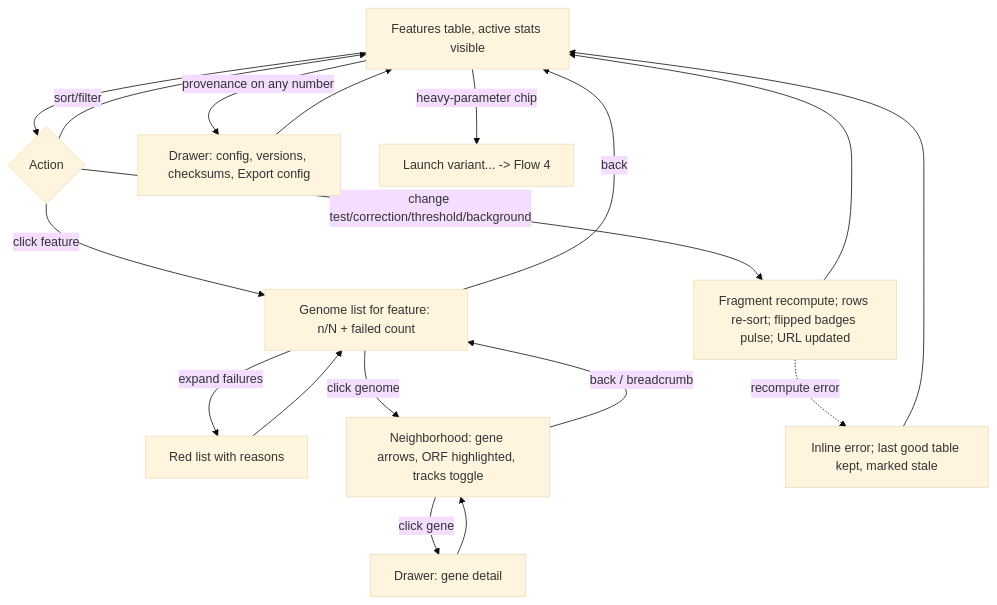
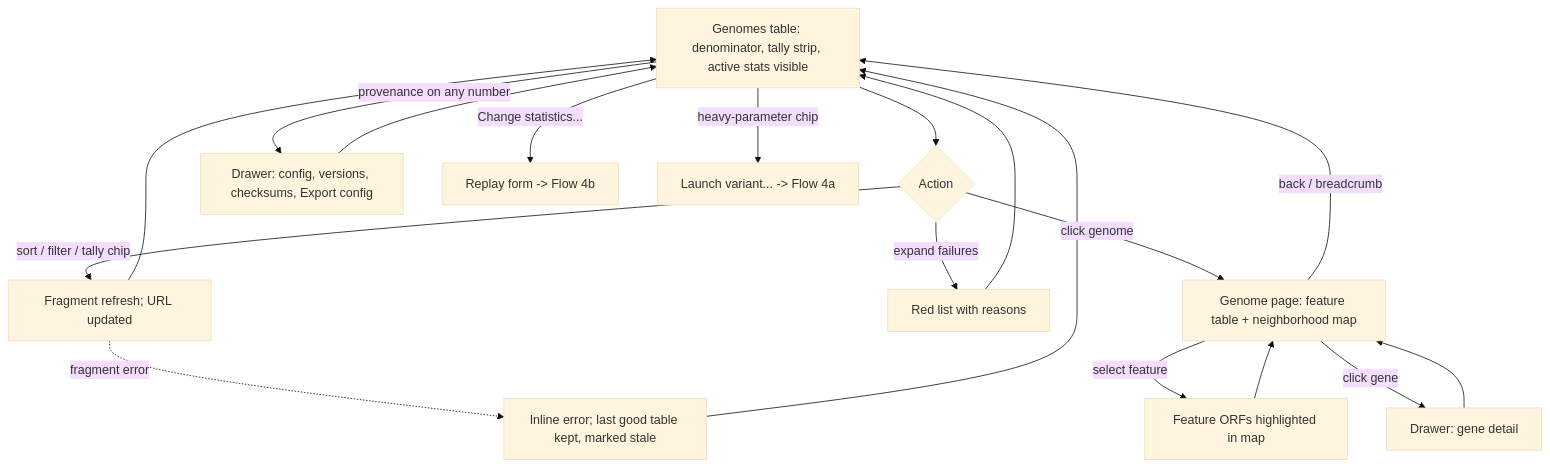
One commit to kklicki350/flanders changed the second of 6 diagrams in docs/planning/ux-design-specification.md. Above: the diagram before and after it, drawn with Mermaid (base theme). The commit also changed other lines of this file, not shown here.

First line of the commit message:
Revise UX spec to architecture validation decisions

````diff
--- a/docs/planning/ux-design-specification.md
+++ b/docs/planning/ux-design-specification.md
@@ -358,15 +382,14 @@
 ```mermaid
 flowchart TD
-    A[Features table, active stats visible] --> B{Action}
-    B -- change test/correction/threshold/background --> C[Fragment recompute; rows re-sort; flipped badges pulse; URL updated] --> A
-    B -- sort/filter --> A
-    B -- click feature --> D[Genome list for feature: n/N + failed count]
-    D -- expand failures --> E[Red list with reasons] --> D
-    D -- click genome --> F[Neighborhood: gene arrows, ORF highlighted, tracks toggle]
-    F -- click gene --> G[Drawer: gene detail] --> F
-    F -- back / breadcrumb --> D
-    D -- back --> A
-    A -- provenance on any number --> H[Drawer: config, versions, checksums, Export config] --> A
-    A -- heavy-parameter chip --> I[Launch variant... -> Flow 4]
-    C -. recompute error .-> J[Inline error; last good table kept, marked stale] --> A
+    A[Genomes table: denominator, tally strip, active stats visible] --> B{Action}
+    B -- sort / filter / tally chip --> C[Fragment refresh; URL updated] --> A
+    B -- expand failures --> E[Red list with reasons] --> A
+    B -- click genome --> F[Genome page: feature table + neighborhood map]
+    F -- select feature --> G[Feature ORFs highlighted in map] --> F
+    F -- click gene --> H[Drawer: gene detail] --> F
+    F -- back / breadcrumb --> A
+    A -- provenance on any number --> P[Drawer: config, versions, checksums, Export config] --> A
+    A -- Change statistics... --> R[Replay form -> Flow 4b]
+    A -- heavy-parameter chip --> V[Launch variant... -> Flow 4a]
+    C -. fragment error .-> S[Inline error; last good table kept, marked stale] --> A
 ```
````
